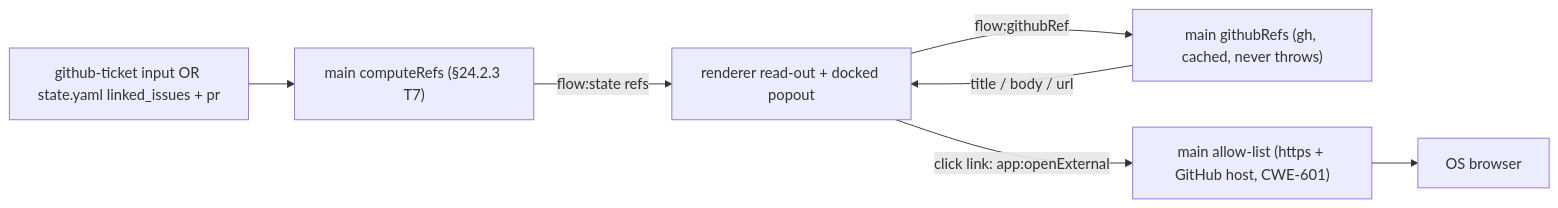
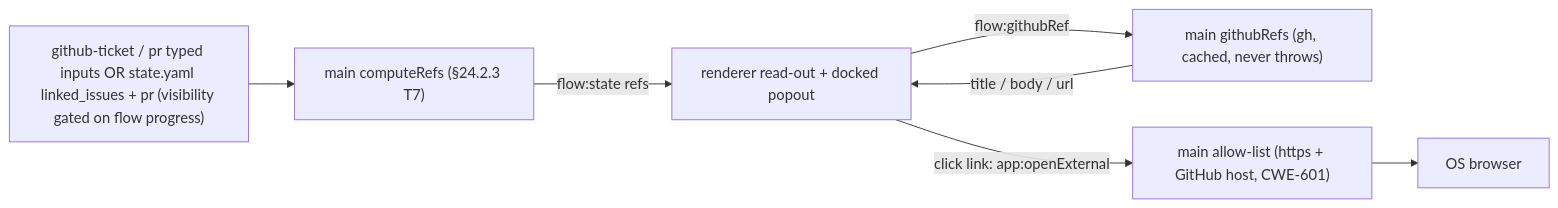
The sixth of 7 diagrams in terminal-web-ui-spec.md (dylanb/agent-terminal), drawn with Mermaid before and after one commit. The commit also changed other lines of this file and 2 other files, not shown here.

Commit message:
docs(flow): sync v2.96 refs across spec/CLAUDE + cover pr-input precedence
Review round 1 (review-pr skill) fixes:
- CLAUDE.md authoritative-spec pointer v2.95 -> v2.96 (matches the new top changelog entry this branch adds).
- §24.2.3 T7 flowchart IN node now names the pr typed-input source added to computeRefs.
- §24.2.3 T7 checklist item (1): drop the stale present-tense 'every active step' and 'pr is the loop state.yaml pr' claims, now superseded by (3) / the v2.96 gating and the pr-typed-input source.
- Add the pr-branch precedence + non-numeric-fallback unit tests (twins of the existing github-ticket tests), pinning that a pr-typed input wins over loop state.yaml pr and falls back to it when non-numeric.

````diff
--- a/terminal-web-ui-spec.md
+++ b/terminal-web-ui-spec.md
@@ -1707,9 +1707,9 @@
 ```mermaid
 flowchart LR
-  IN["github-ticket input OR state.yaml linked_issues + pr"] --> M["main computeRefs (§24.2.3 T7)"]
+  IN["github-ticket / pr typed inputs OR state.yaml linked_issues + pr (visibility gated on flow progress)"] --> M["main computeRefs (§24.2.3 T7)"]
   M -->|"flow:state refs"| RO["renderer read-out + docked popout"]
   RO -->|"flow:githubRef"| GH["main githubRefs (gh, cached, never throws)"]
   GH -->|"title / body / url"| RO
   RO -->|"click link: app:openExternal"| V["main allow-list (https + GitHub host, CWE-601)"]
   V --> OS["OS browser"]
 ```
````
